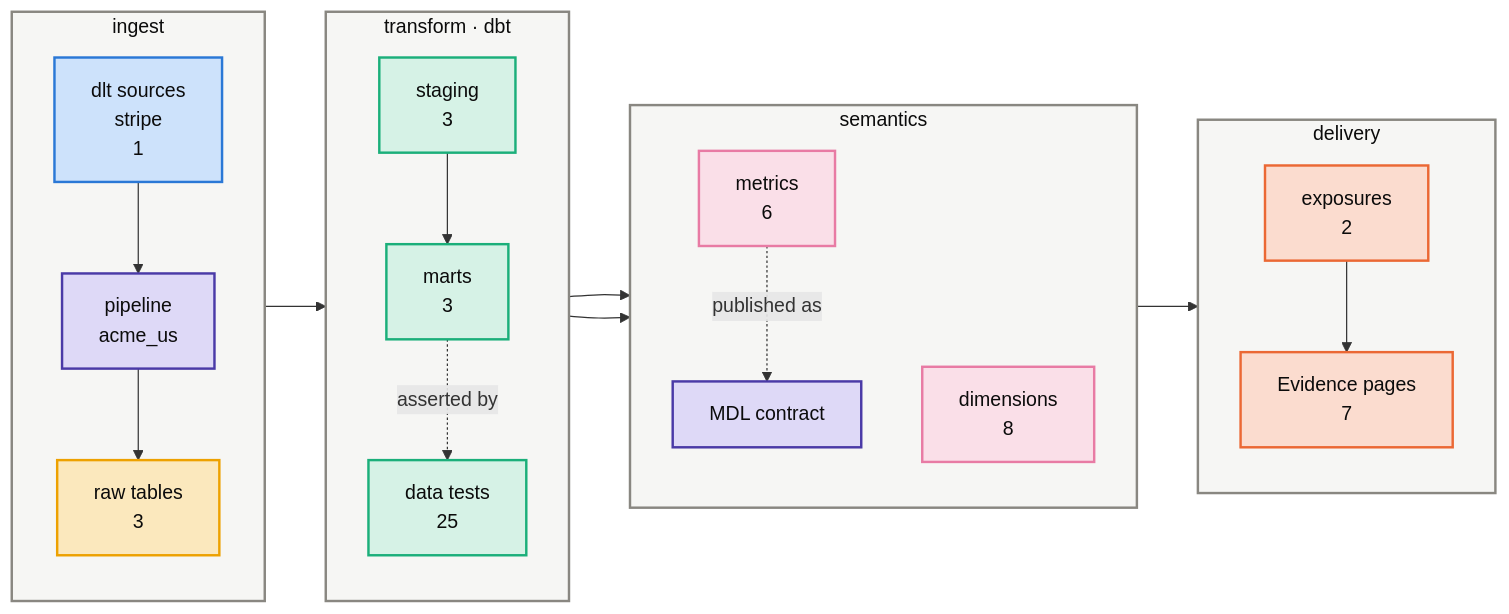
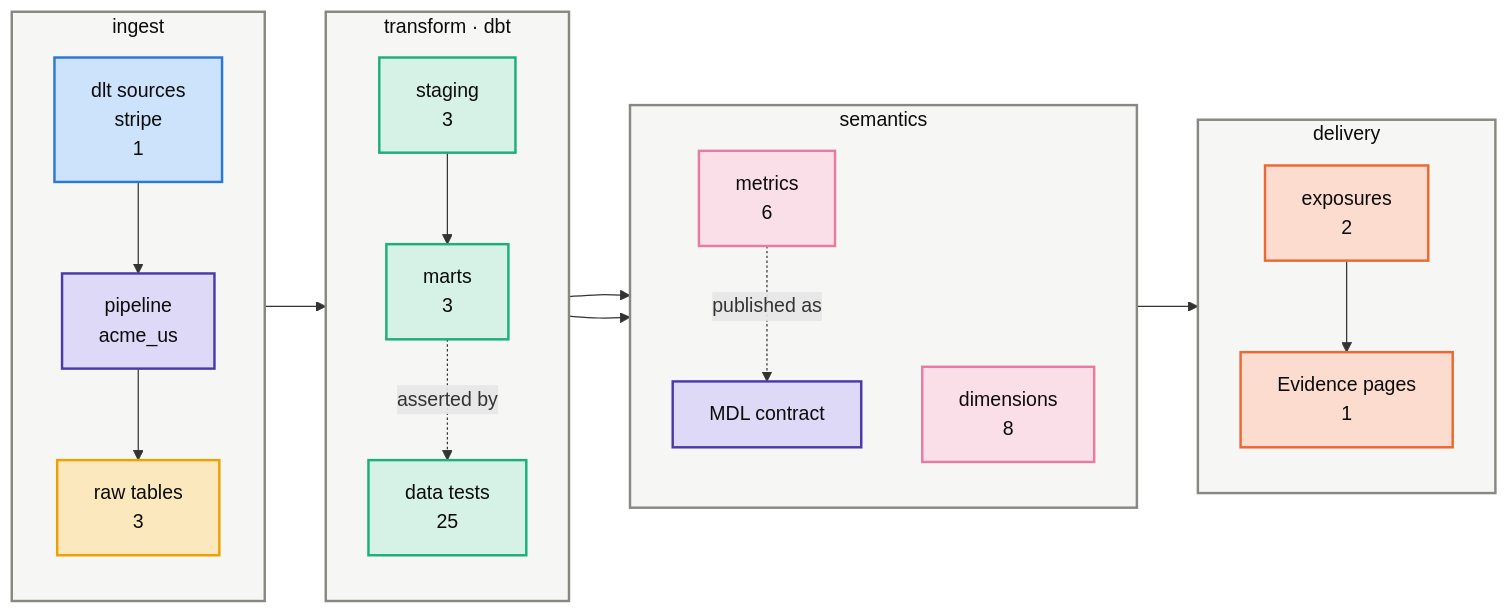
The first of 3 diagrams in groups/acme/projects/acme-us/kg/architecture.md (Atomz-org/data-platform), drawn with Mermaid before and after one commit. The commit also changed other lines of this file and 17 other files, not shown here.

First line of the commit message:
Rebuild the graphs and maps CI checks, for what this PR touches

````diff
--- a/groups/acme/projects/acme-us/kg/architecture.md
+++ b/groups/acme/projects/acme-us/kg/architecture.md
@@ -10,41 +10,41 @@
 ```mermaid
 flowchart LR
     subgraph LI["ingest"]
         direction TB
         I1["dlt sources<br/>stripe<br/>1"]:::ingress
         I2["pipeline<br/>acme_us"]:::platform
         I3["raw tables<br/>3"]:::raw
     end
     subgraph LT["transform · dbt"]
         direction TB
         T1["staging<br/>3"]:::model
         T2["marts<br/>3"]:::model
         T3["data tests<br/>25"]:::model
     end
     subgraph LS["semantics"]
         direction TB
         S1["metrics<br/>6"]:::metric
         S2["dimensions<br/>8"]:::metric
         S3["MDL contract"]:::platform
     end
     subgraph LD["delivery"]
         direction TB
         D1["exposures<br/>2"]:::exposure
-        D2["Evidence pages<br/>7"]:::exposure
+        D2["Evidence pages<br/>1"]:::exposure
     end
     I1 --> I2 --> I3 --> T1 --> T2
     T2 --> S1 --> D1 --> D2
     T2 --> S2
     S1 -.published as.-> S3
     T2 -.asserted by.-> T3
     classDef ingress fill:#cde2fb,stroke:#2a78d6,stroke-width:2px,color:#0b0b0b
     classDef platform fill:#ded9f7,stroke:#4a3aa7,stroke-width:2px,color:#0b0b0b
     classDef raw fill:#fbe8bd,stroke:#eda100,stroke-width:2px,color:#0b0b0b
     classDef model fill:#d6f2e6,stroke:#1baf7a,stroke-width:2px,color:#0b0b0b
     classDef metric fill:#fadfe8,stroke:#e87ba4,stroke-width:2px,color:#0b0b0b
     classDef exposure fill:#fbdccf,stroke:#eb6834,stroke-width:2px,color:#0b0b0b
     classDef neutral fill:#e8e7e2,stroke:#898781,stroke-width:2px,color:#0b0b0b
     classDef project fill:#e3eefc,stroke:#2a78d6,stroke-width:2px,color:#0b0b0b
     classDef lane fill:#f6f6f4,stroke:#898781,stroke-width:2px,color:#0b0b0b
     class LI,LT,LS,LD lane
 ```
````
